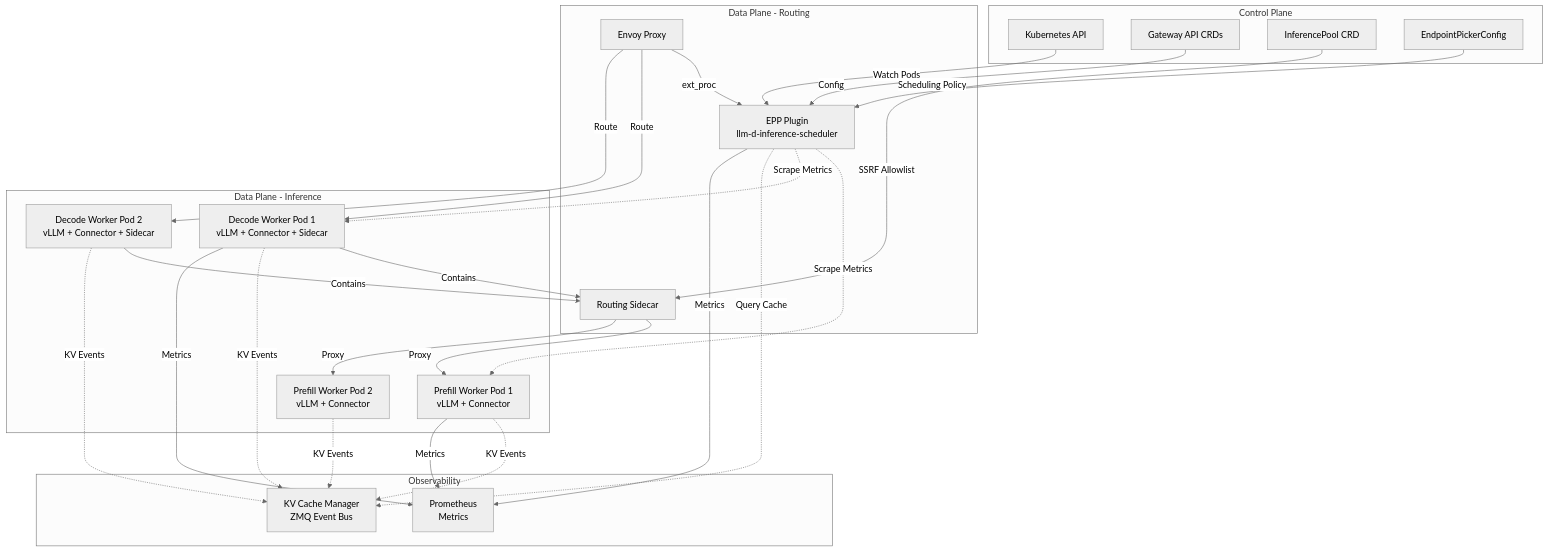
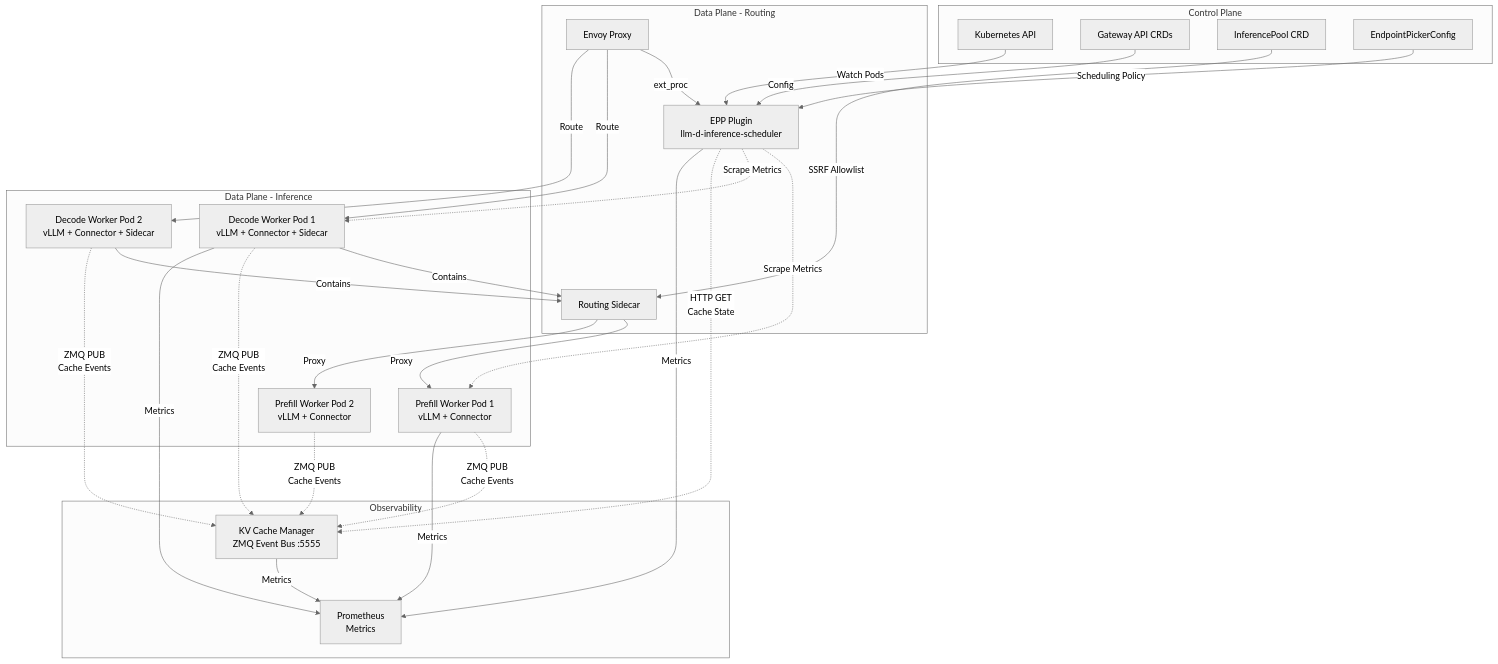
Before and after one commit to mwaykole/hacks: the third of 4 diagrams in docs/documant flow/llmd/README.md, drawn with Mermaid (neutral theme). The commit also changed other lines of this file and 23 other files, not shown here.

````diff
--- a/docs/documant flow/llmd/README.md
+++ b/docs/documant flow/llmd/README.md
@@ -153,55 +154,56 @@
 ```mermaid
 graph TB
     subgraph "Control Plane"
         K8s[Kubernetes API]
         Gateway[Gateway API CRDs]
         InferencePool[InferencePool CRD]
         EndpointConfig[EndpointPickerConfig]
     end
     
     subgraph "Data Plane - Routing"
         Envoy[Envoy Proxy]
         EPP[EPP Plugin<br/>llm-d-inference-scheduler]
         Sidecar[Routing Sidecar]
     end
     
     subgraph "Data Plane - Inference"
         PrefillPod1[Prefill Worker Pod 1<br/>vLLM + Connector]
         PrefillPod2[Prefill Worker Pod 2<br/>vLLM + Connector]
         DecodePod1[Decode Worker Pod 1<br/>vLLM + Connector + Sidecar]
         DecodePod2[Decode Worker Pod 2<br/>vLLM + Connector + Sidecar]
     end
     
     subgraph "Observability"
-        KVManager[KV Cache Manager<br/>ZMQ Event Bus]
+        KVManager[KV Cache Manager<br/>ZMQ Event Bus :5555]
         Prometheus[Prometheus<br/>Metrics]
     end
     
     K8s -->|Watch Pods| EPP
     Gateway -->|Config| EPP
     InferencePool -->|SSRF Allowlist| Sidecar
     EndpointConfig -->|Scheduling Policy| EPP
     
     Envoy -->|ext_proc| EPP
     Envoy -->|Route| DecodePod1
     Envoy -->|Route| DecodePod2
     
     DecodePod1 -->|Contains| Sidecar
     DecodePod2 -->|Contains| Sidecar
     
     Sidecar -->|Proxy| PrefillPod1
     Sidecar -->|Proxy| PrefillPod2
     
-    PrefillPod1 -.->|KV Events| KVManager
-    PrefillPod2 -.->|KV Events| KVManager
-    DecodePod1 -.->|KV Events| KVManager
-    DecodePod2 -.->|KV Events| KVManager
+    PrefillPod1 -.->|ZMQ PUB<br/>Cache Events| KVManager
+    PrefillPod2 -.->|ZMQ PUB<br/>Cache Events| KVManager
+    DecodePod1 -.->|ZMQ PUB<br/>Cache Events| KVManager
+    DecodePod2 -.->|ZMQ PUB<br/>Cache Events| KVManager
     
     EPP -.->|Scrape Metrics| PrefillPod1
     EPP -.->|Scrape Metrics| DecodePod1
-    EPP -.->|Query Cache| KVManager
+    EPP -.->|HTTP GET<br/>Cache State| KVManager
     
     PrefillPod1 -->|Metrics| Prometheus
     DecodePod1 -->|Metrics| Prometheus
     EPP -->|Metrics| Prometheus
+    KVManager -->|Metrics| Prometheus
 ```
````
